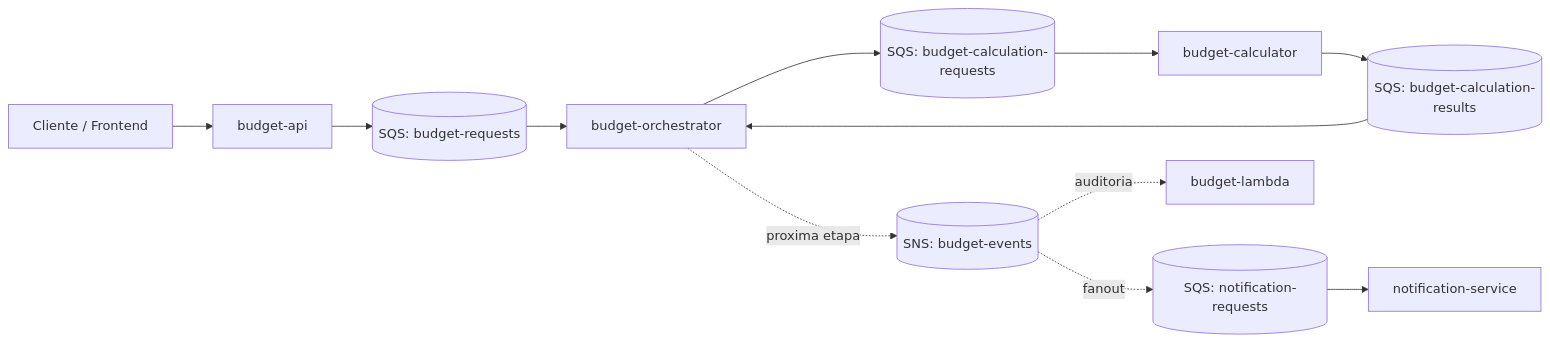
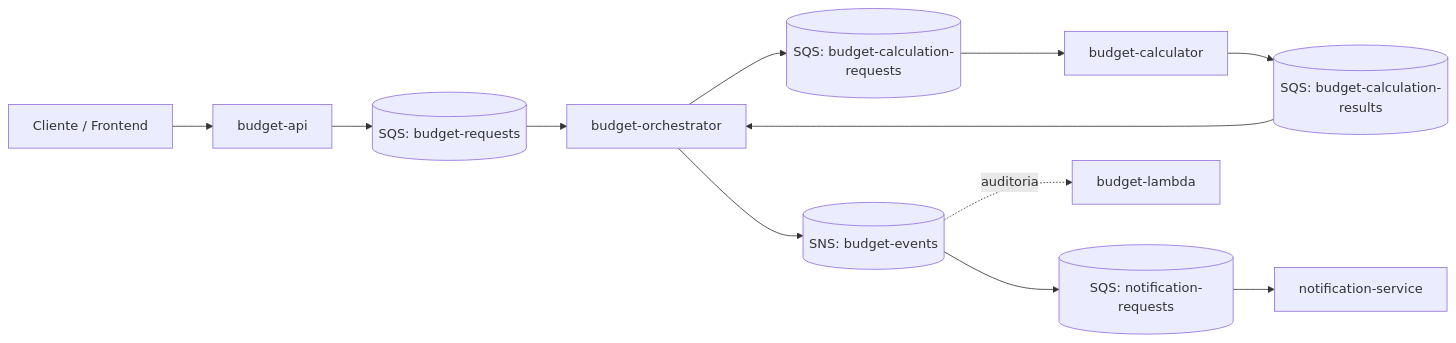
The first of 4 diagrams in README.md (RicardoRAlves/Orcamento_Microservice), drawn with Mermaid before and after one commit. The commit also changed other lines of this file and 11 other files, not shown here.

Commit message:
Creating SNS topic

````diff
--- a/README.md
+++ b/README.md
@@ -19,14 +21,14 @@
 ```mermaid
 flowchart LR
     Client[Cliente / Frontend] --> API[budget-api]
     API --> QueueRequests[(SQS: budget-requests)]
     QueueRequests --> Orchestrator[budget-orchestrator]
     Orchestrator --> QueueCalculation[(SQS: budget-calculation-requests)]
     QueueCalculation --> Calculator[budget-calculator]
     Calculator --> QueueResults[(SQS: budget-calculation-results)]
     QueueResults --> Orchestrator
-    Orchestrator -. proxima etapa .-> TopicEvents[(SNS: budget-events)]
-    TopicEvents -. fanout .-> QueueNotifications[(SQS: notification-requests)]
+    Orchestrator --> TopicEvents[(SNS: budget-events)]
+    TopicEvents --> QueueNotifications[(SQS: notification-requests)]
     QueueNotifications --> Notification[notification-service]
     TopicEvents -. auditoria .-> Lambda[budget-lambda]
 ```
````
